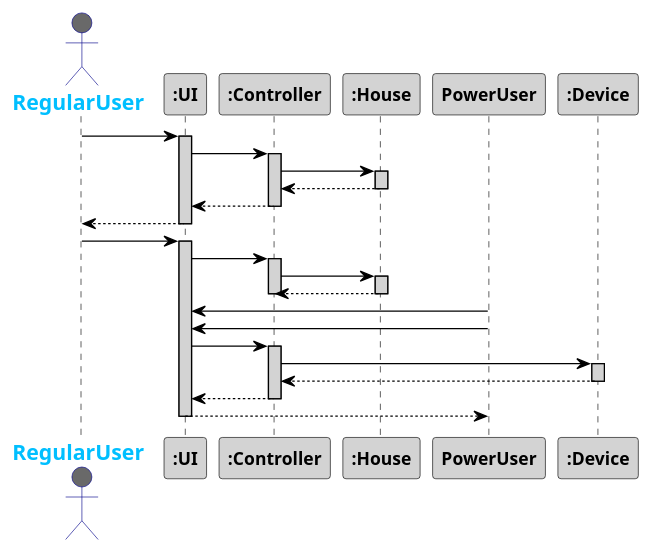
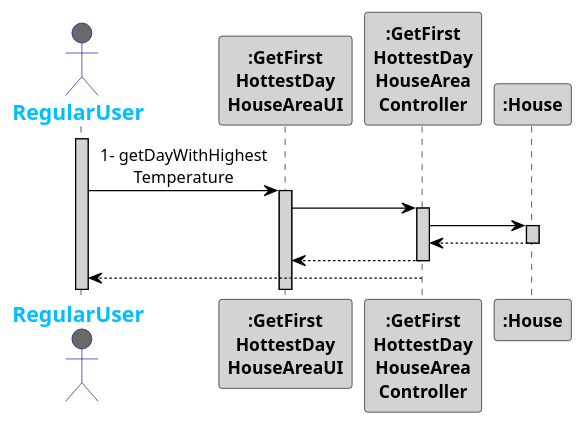
One commit to 1181687/hateoasToy changed the diagram in src/main/java/pt/ipp/isep/dei/project/controllers/getFirstHottestDayHouseAreaController/SD_SequenceDiagramModel.puml. Above: the diagram before and after it, drawn with PlantUML. The commit also changed 3 other files, not shown here.

Commit message:
Addresses #121 - Changed methods in Controller and UI. Started creation of sequence diagram

```diff
--- a/src/main/java/pt/ipp/isep/dei/project/controllers/getFirstHottestDayHouseAreaController/SD_SequenceDiagramModel.puml
+++ b/src/main/java/pt/ipp/isep/dei/project/controllers/getFirstHottestDayHouseAreaController/SD_SequenceDiagramModel.puml
@@ -1,57 +1,36 @@
 @startuml
 skinparam sequenceMessageAlign center
 skinparam sequence {
 	ArrowColor Black
 	ActorBorderColor DarkBlue
 	LifeLineBorderColor black
 	LifeLineBackgroundColor LightGrey
 
 	ParticipantBorderColor Black
 	ParticipantBackgroundColor LightGrey
 	ParticipantFontStyle Bold
 
 	ActorBackgroundColor DimGrey
 	ActorFontColor DeepSkyBlue
 	ActorFontStyle Bold
 	ActorFontSize 17
 	ActorFontName Aapex
 }
 
 actor RegularUser
-RegularUser -> ":UI":
-activate ":UI"
-":UI" -> ":Controller":
-activate ":Controller"
-":Controller" -> ":House":
+activate RegularUser
+RegularUser -> ":GetFirst\nHottestDay\nHouseAreaUI": 1- getDayWithHighest\nTemperature
+activate ":GetFirst\nHottestDay\nHouseAreaUI"
+":GetFirst\nHottestDay\nHouseAreaUI" -> ":GetFirst\nHottestDay\nHouseArea\nController":
+activate ":GetFirst\nHottestDay\nHouseArea\nController"
+":GetFirst\nHottestDay\nHouseArea\nController" -> ":House":
 activate ":House"
-":Controller" <-- ":House":
+":GetFirst\nHottestDay\nHouseArea\nController" <-- ":House":
 deactivate ":House"
-":UI" <-- ":Controller":
-deactivate ":Controller"
-RegularUser <-- ":UI":
-deactivate ":UI"
+":GetFirst\nHottestDay\nHouseAreaUI" <-- ":GetFirst\nHottestDay\nHouseArea\nController":
+deactivate ":GetFirst\nHottestDay\nHouseArea\nController"
+RegularUser <-- ":GetFirst\nHottestDay\nHouseArea\nController":
+deactivate ":GetFirst\nHottestDay\nHouseArea\nController"
 
-RegularUser -> ":UI":
-activate ":UI"
-":UI" -> ":Controller":
-activate ":Controller"
-":Controller" -> ":House":
-activate ":House"
-":Controller" <-- ":House":
-deactivate ":House"
-deactivate ":Controller"
-
-PowerUser -> ":UI":
-PowerUser -> ":UI":
-":UI" -> ":Controller":
-activate ":Controller"
-":Controller" -> ":Device":
-activate ":Device"
-":Controller" <-- ":Device":
-deactivate ":Device"
-":UI" <-- ":Controller":
-deactivate ":Controller"
-PowerUser <-- ":UI":
-deactivate ":UI"
 
 @enduml
```
